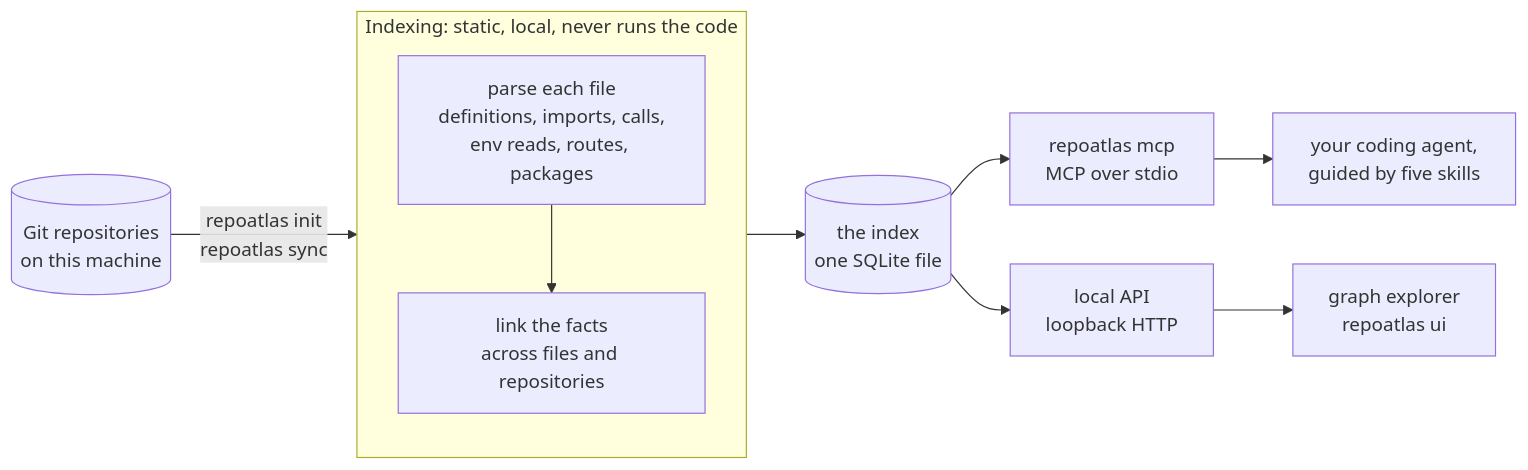
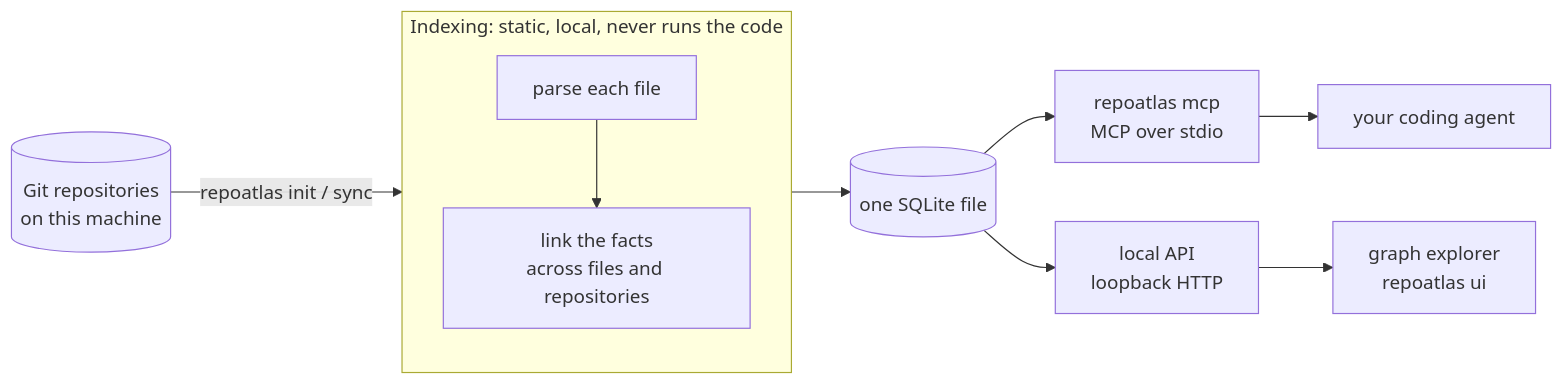
One commit to Symasc/RepoAtlas changed the diagram in README.md. Above: the diagram before and after it, drawn with Mermaid. The commit also changed other lines of this file and 1 other file, not shown here.

````diff
--- a/README.md
+++ b/README.md
@@ -171,13 +139,13 @@
 ```mermaid
 flowchart LR
-    repos[("Git repositories<br/>on this machine")] -->|"repoatlas init<br/>repoatlas sync"| parse
+    repos[("Git repositories<br/>on this machine")] -->|"repoatlas init / sync"| parse
     subgraph indexing["Indexing: static, local, never runs the code"]
         direction TB
-        parse["parse each file<br/>definitions, imports, calls,<br/>env reads, routes, packages"] --> link["link the facts<br/>across files and repositories"]
+        parse["parse each file"] --> link["link the facts<br/>across files and repositories"]
     end
-    link --> index[("the index<br/>one SQLite file")]
+    link --> index[("one SQLite file")]
     index --> mcp["repoatlas mcp<br/>MCP over stdio"]
     index --> api["local API<br/>loopback HTTP"]
-    mcp --> agent["your coding agent,<br/>guided by five skills"]
+    mcp --> agent["your coding agent"]
     api --> explorer["graph explorer<br/>repoatlas ui"]
 ```
````
